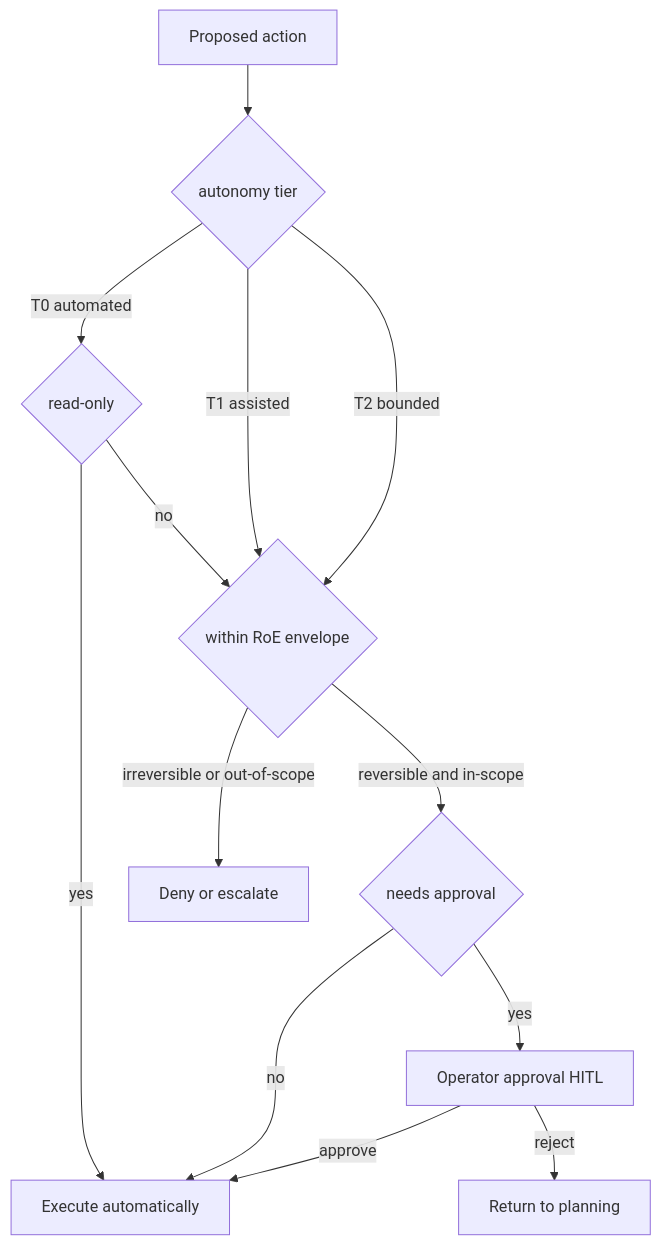
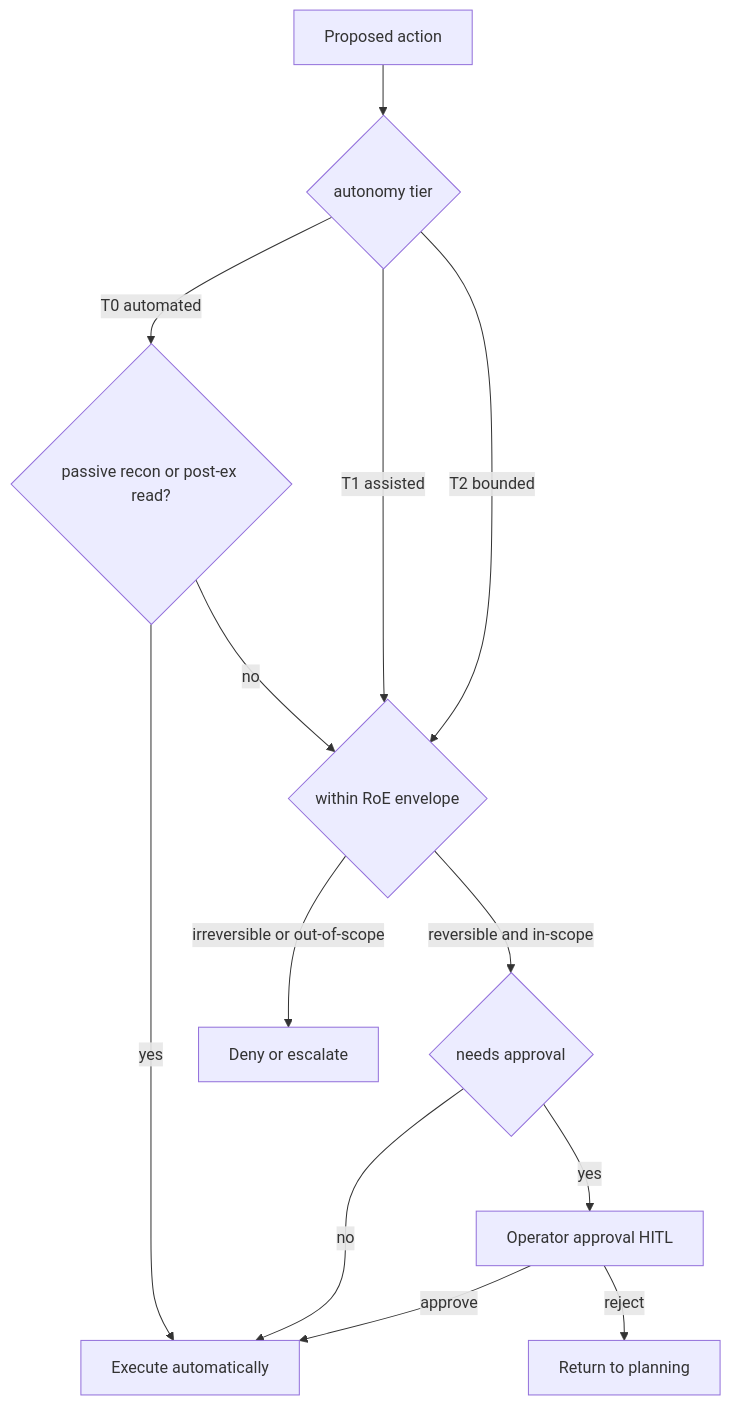
One commit to deepammali/core-clrt changed diagram 11 of 13 in CART_Workflow_Diagrams.md. Above: the diagram before and after it, drawn with Mermaid. The commit also changed 43 other files, not shown here.

````diff
--- a/CART_Workflow_Diagrams.md
+++ b/CART_Workflow_Diagrams.md
@@ -267,15 +267,15 @@
 ```mermaid
 flowchart TD
   ACT["Proposed action"] --> TIER{"autonomy tier"}
-  TIER -->|T0 automated| RO{"read-only"}
+  TIER -->|T0 automated| RO{"passive recon or post-ex read?"}
   RO -->|yes| AUTO["Execute automatically"]
   RO -->|no| ROE{"within RoE envelope"}
   TIER -->|T1 assisted| ROE
   TIER -->|T2 bounded| ROE
   ROE -->|reversible and in-scope| ASK{"needs approval"}
   ROE -->|irreversible or out-of-scope| DENY["Deny or escalate"]
   ASK -->|no| AUTO
   ASK -->|yes| HITL["Operator approval HITL"]
   HITL -->|approve| AUTO
   HITL -->|reject| BACK["Return to planning"]
 ```
````
